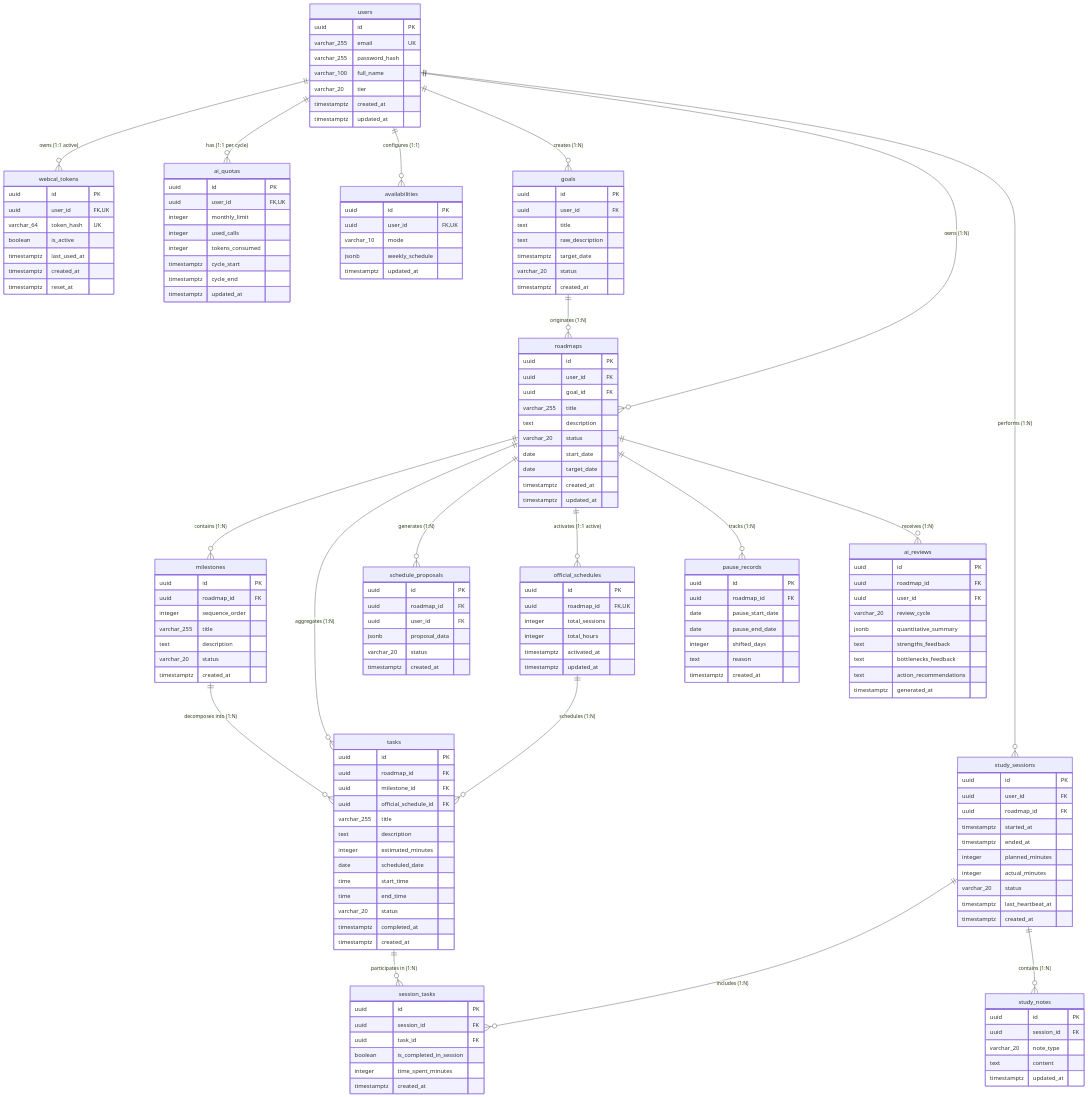
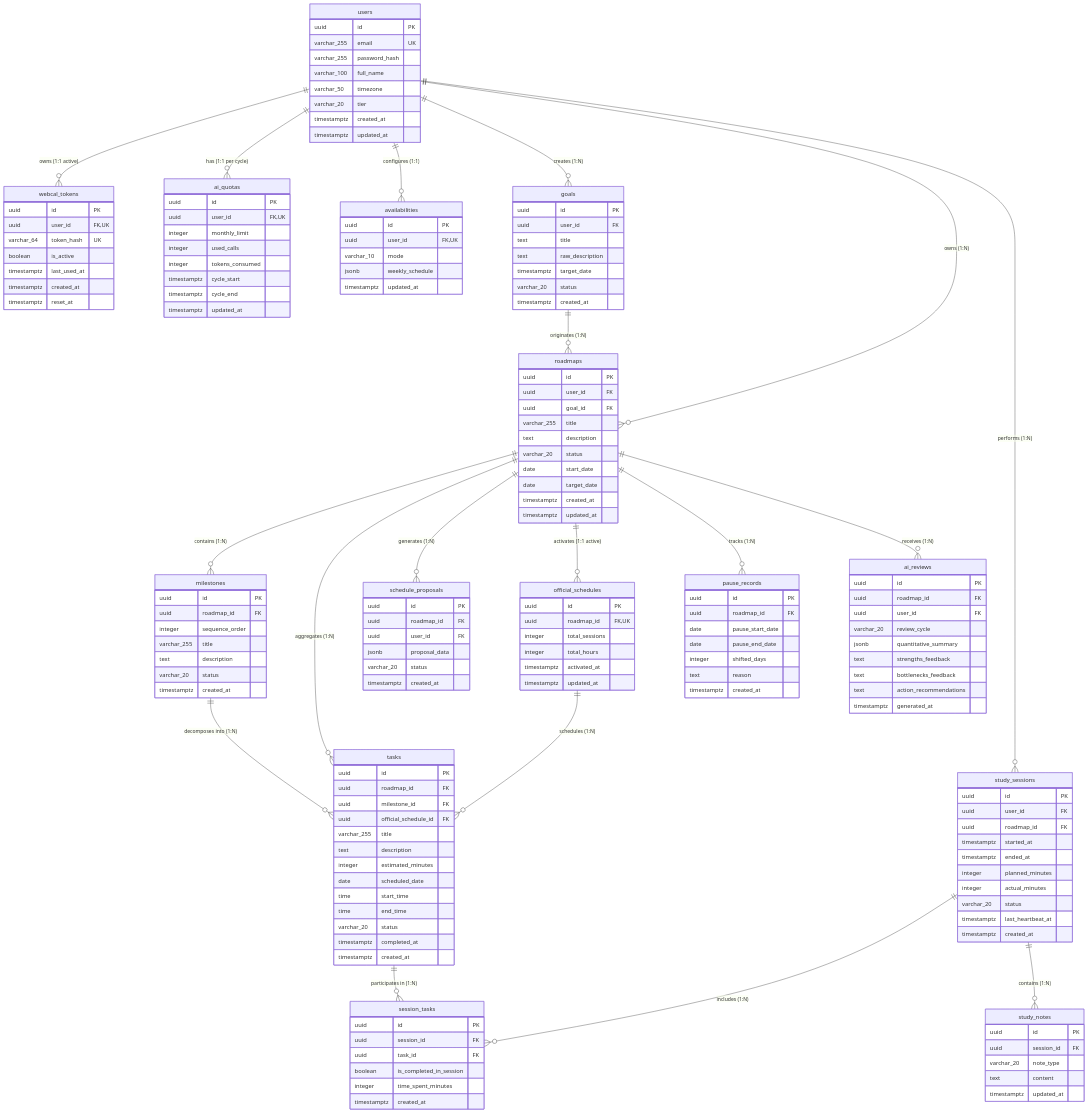
The diagram in docs/database/database-schema-design.md (Coffat/FocusFlow), drawn with Mermaid before and after one commit. The commit also changed other lines of this file and 6 other files, not shown here.

Commit message:
fix(architecture): harden cross-site auth, heartbeat persistence, quota lifecycle and deployment specs

```diff
--- a/docs/database/database-schema-design.md
+++ b/docs/database/database-schema-design.md
@@ -90,6 +90,7 @@
         varchar_255 email UK
         varchar_255 password_hash
         varchar_100 full_name
+        varchar_50 timezone
         varchar_20 tier
         timestamptz created_at
         timestamptz updated_at
```
